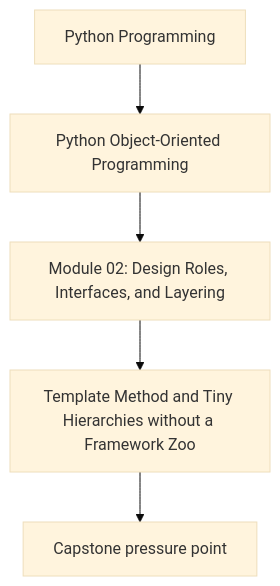
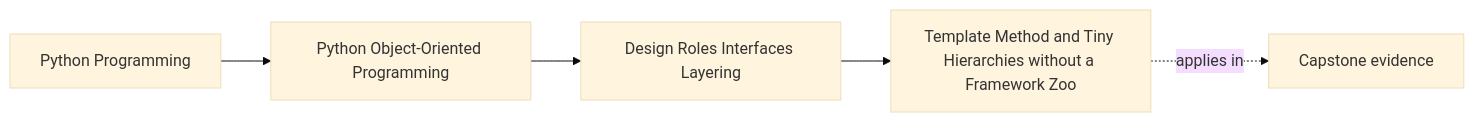
Before and after one commit to bijux/bijux-masterclass: the first of 2 diagrams in programs/python-programming/python-object-oriented-programming/course-book/module-02-design-roles-interfaces-layering/template-method-and-small-hierarchies.md, drawn with Mermaid (base theme). The commit also changed other lines of this file and 65 other files, not shown here.

Commit message:
docs(python-object-oriented-programming): map object model and design foundations

````diff
--- a/programs/python-programming/python-object-oriented-programming/course-book/module-02-design-roles-interfaces-layering/template-method-and-small-hierarchies.md
+++ b/programs/python-programming/python-object-oriented-programming/course-book/module-02-design-roles-interfaces-layering/template-method-and-small-hierarchies.md
@@ -7,7 +7,11 @@
 ```mermaid
-flowchart TD
-  family["Python Programming"] --> program["Python Object-Oriented Programming"]
-  program --> module["Module 02: Design Roles, Interfaces, and Layering"]
-  module --> concept["Template Method and Tiny Hierarchies without a Framework Zoo"]
-  concept --> capstone["Capstone pressure point"]
+graph LR
+  family["Python Programming"]
+  program["Python Object-Oriented Programming"]
+  section["Design Roles Interfaces Layering"]
+  page["Template Method and Tiny Hierarchies without a Framework Zoo"]
+  capstone["Capstone evidence"]
+
+  family --> program --> section --> page
+  page -.applies in.-> capstone
 ```
````
